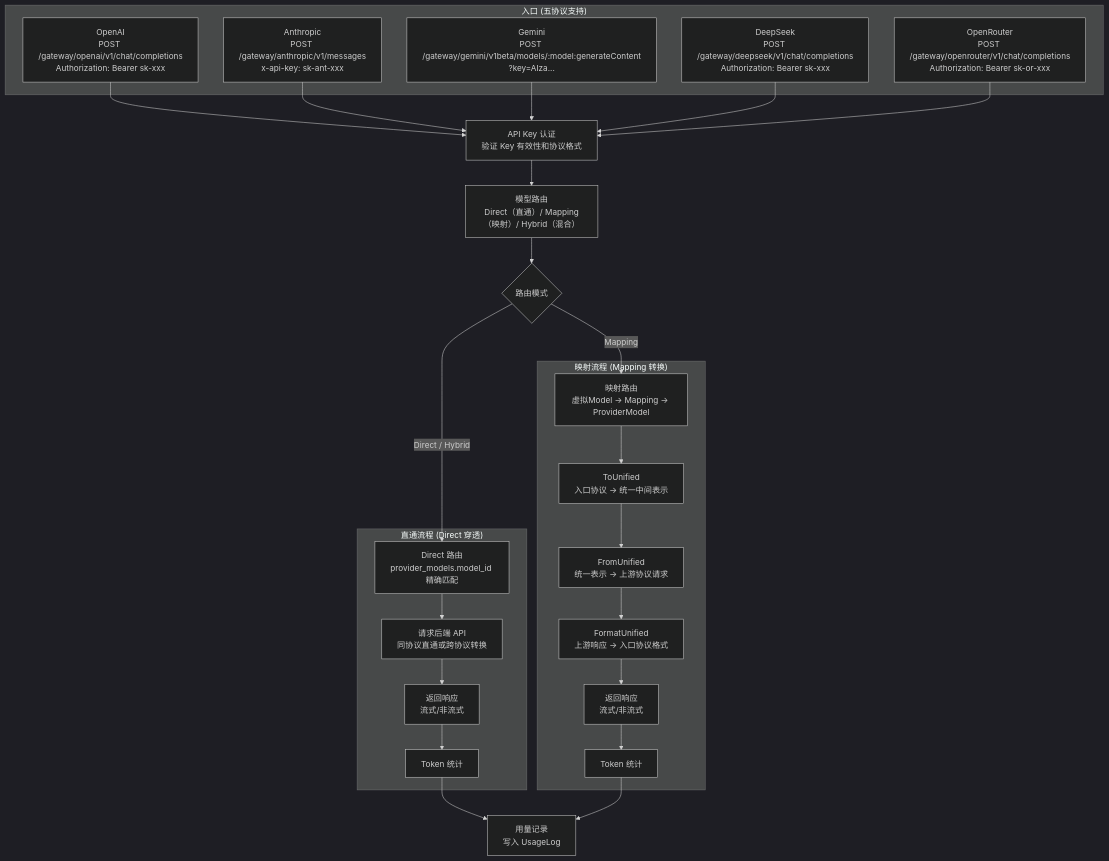
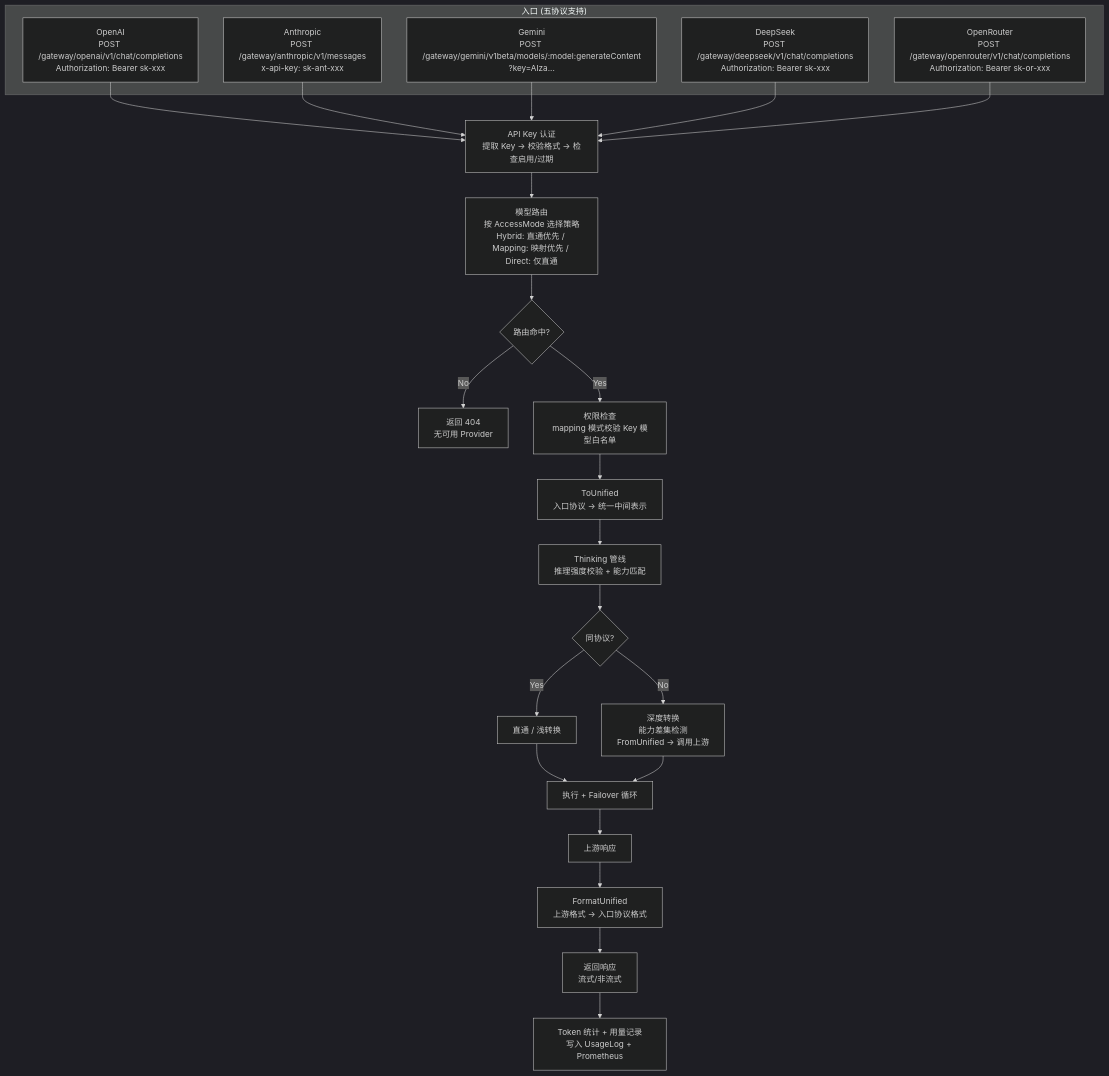
Before and after one commit to aaro-n/AI-Gateway: the first of 4 diagrams in README.md, drawn with Mermaid (dark theme). The commit also changed other lines of this file, not shown here.

First line of the commit message:
docs: fix '工作原理' diagrams to match actual code

````diff
--- a/README.md
+++ b/README.md
@@ -86,43 +86,38 @@
 ```mermaid
 flowchart TD
     subgraph 入口["入口 (五协议支持)"]
         A1["OpenAI<br/>POST /gateway/openai/v1/chat/completions<br/>Authorization: Bearer sk-xxx"]
         A2["Anthropic<br/>POST /gateway/anthropic/v1/messages<br/>x-api-key: sk-ant-xxx"]
         A3["Gemini<br/>POST /gateway/gemini/v1beta/models/:model:generateContent<br/>?key=AIza..."]
         A4["DeepSeek<br/>POST /gateway/deepseek/v1/chat/completions<br/>Authorization: Bearer sk-xxx"]
         A5["OpenRouter<br/>POST /gateway/openrouter/v1/chat/completions<br/>Authorization: Bearer sk-or-xxx"]
     end
 
     A1 --> B
     A2 --> B
     A3 --> B
     A4 --> B
     A5 --> B
 
-    B["API Key 认证<br/>验证 Key 有效性和协议格式"]
-    --> C["模型路由<br/>Direct（直通）/ Mapping（映射）/ Hybrid（混合）"]
+    B["API Key 认证<br/>提取 Key → 校验格式 → 检查启用/过期"]
+    --> C["模型路由<br/>按 AccessMode 选择策略<br/>Hybrid: 直通优先 / Mapping: 映射优先 / Direct: 仅直通"]
 
-    --> D{"路由模式"}
+    --> D{"路由命中?"}
+    D -->|"No"| E["返回 404<br/>无可用 Provider"]
+    D -->|"Yes"| F["权限检查<br/>mapping 模式校验 Key 模型白名单"]
 
-    D -->|"Direct / Hybrid"| S1
-    D -->|"Mapping"| S2
+    F --> G["ToUnified<br/>入口协议 → 统一中间表示"]
+    G --> H["Thinking 管线<br/>推理强度校验 + 能力匹配"]
+    H --> I{"同协议?"}
 
-    subgraph 直通流程["直通流程 (Direct 穿透)"]
-        S1["Direct 路由<br/>provider_models.model_id 精确匹配"]
-        --> R1["请求后端 API<br/>同协议直通或跨协议转换"]
-        --> RES1["返回响应<br/>流式/非流式"]
-        --> TK1["Token 统计"]
-    end
+    I -->|"Yes"| J["直通 / 浅转换"]
+    I -->|"No"| K["深度转换<br/>能力差集检测<br/>FromUnified → 调用上游"]
 
-    subgraph 映射流程["映射流程 (Mapping 转换)"]
-        S2["映射路由<br/>虚拟Model → Mapping → ProviderModel"]
-        --> TR1["ToUnified<br/>入口协议 → 统一中间表示"]
-        --> R2["FromUnified<br/>统一表示 → 上游协议请求"]
-        --> TR2["FormatUnified<br/>上游响应 → 入口协议格式"]
-        --> RES2["返回响应<br/>流式/非流式"]
-        --> TK2["Token 统计"]
-    end
+    J --> L["执行 + Failover 循环"]
+    K --> L
 
-    TK1 --> I["用量记录<br/>写入 UsageLog"]
-    TK2 --> I
+    L --> M["上游响应"]
+    M --> N["FormatUnified<br/>上游格式 → 入口协议格式"]
+    N --> RES1["返回响应<br/>流式/非流式"]
+    RES1 --> TK1["Token 统计 + 用量记录<br/>写入 UsageLog + Prometheus"]
 ```
````
